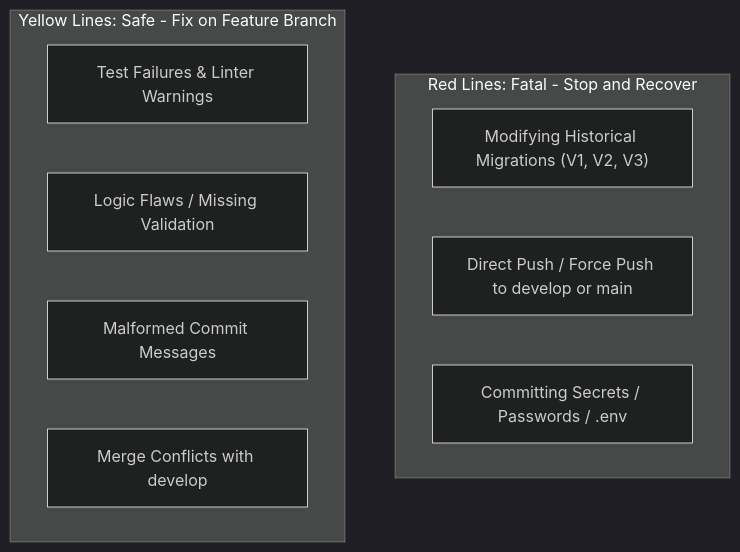
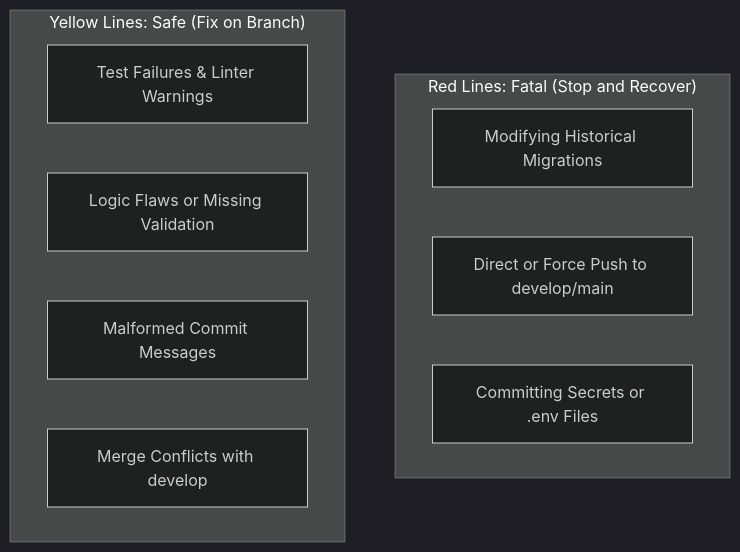
The second of 2 diagrams in docs/DEVELOPER_WORKFLOW_PLAYBOOK.md (Varian08/smart-local-planner), drawn with Mermaid (dark theme) before and after one commit. The commit also changed other lines of this file and 4 other files, not shown here.

Commit message:
docs: standardize enterprise architecture diagrams and decouple node details into structured markdown tables

````diff
--- a/docs/DEVELOPER_WORKFLOW_PLAYBOOK.md
+++ b/docs/DEVELOPER_WORKFLOW_PLAYBOOK.md
@@ -200,16 +199,15 @@
 ```mermaid
-%%{init: {'flowchart': {'htmlLabels': false}}}%%
 flowchart TD
-    subgraph RedLines ["Red Lines: Fatal - Stop and Recover"]
-        R1["Modifying Historical Migrations (V1, V2, V3)"]
-        R2["Direct Push / Force Push to develop or main"]
-        R3["Committing Secrets / Passwords / .env"]
+    subgraph RedLines ["Red Lines: Fatal (Stop and Recover)"]
+        R1["Modifying Historical Migrations"]
+        R2["Direct or Force Push to develop/main"]
+        R3["Committing Secrets or .env Files"]
     end
 
-    subgraph YellowLines ["Yellow Lines: Safe - Fix on Feature Branch"]
+    subgraph YellowLines ["Yellow Lines: Safe (Fix on Branch)"]
         Y1["Test Failures & Linter Warnings"]
-        Y2["Logic Flaws / Missing Validation"]
+        Y2["Logic Flaws or Missing Validation"]
         Y3["Malformed Commit Messages"]
         Y4["Merge Conflicts with develop"]
     end
 ```
````
